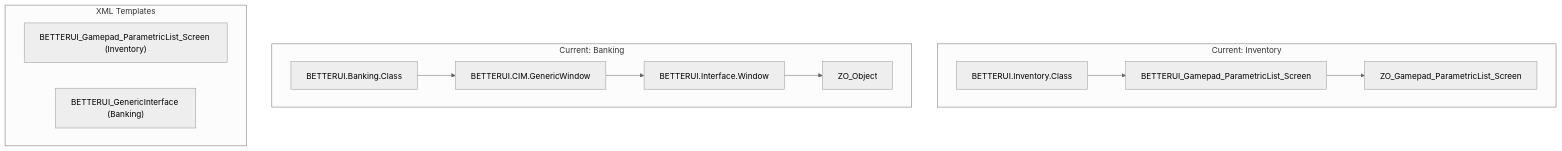
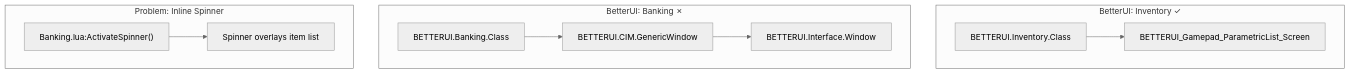
One commit to goobsnake/BetterUI changed the diagram in docs/UI_LAYOUT_UNIFICATION_PLAN.md. Above: the diagram before and after it, drawn with Mermaid (neutral theme). The commit also changed other lines of this file and 4 other files, not shown here.

````diff
--- a/docs/UI_LAYOUT_UNIFICATION_PLAN.md
+++ b/docs/UI_LAYOUT_UNIFICATION_PLAN.md
@@ -9,22 +24,21 @@
 ```mermaid
 graph TB
-    subgraph "Current: Inventory"
-        IC["BETTERUI.Inventory.Class"]
-        PLSC["BETTERUI_Gamepad_ParametricList_Screen"]
-        ZOPLSC["ZO_Gamepad_ParametricList_Screen"]
-        IC --> PLSC --> ZOPLSC
+    subgraph "BetterUI: Inventory ✓"
+        BIC["BETTERUI.Inventory.Class"]
+        BPLS["BETTERUI_Gamepad_ParametricList_Screen"]
+        BIC --> BPLS
     end
     
-    subgraph "Current: Banking"
-        BC["BETTERUI.Banking.Class"]
-        GW["BETTERUI.CIM.GenericWindow"]
-        IW["BETTERUI.Interface.Window"]
-        ZO["ZO_Object"]
-        BC --> GW --> IW --> ZO
+    subgraph "BetterUI: Banking ✗"
+        BBC["BETTERUI.Banking.Class"]
+        BGW["BETTERUI.CIM.GenericWindow"]
+        BIW["BETTERUI.Interface.Window"]
+        BBC --> BGW --> BIW
     end
     
-    subgraph "XML Templates"
-        XT1["BETTERUI_Gamepad_ParametricList_Screen (Inventory)"]
-        XT2["BETTERUI_GenericInterface (Banking)"]
+    subgraph "Problem: Inline Spinner"
+        IS["Banking.lua:ActivateSpinner()"]
+        SP["Spinner overlays item list"]
+        IS --> SP
     end
 ```
````
